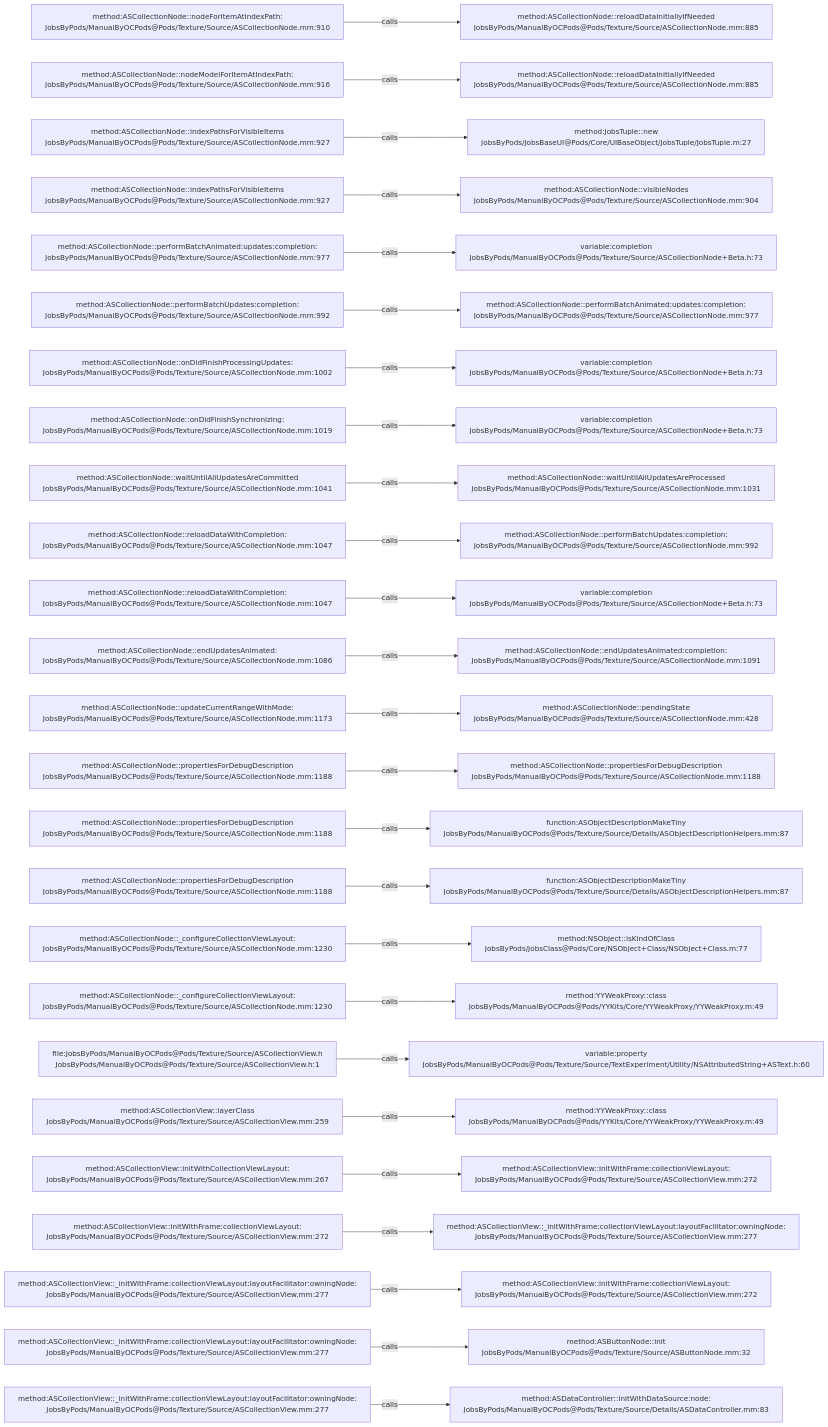
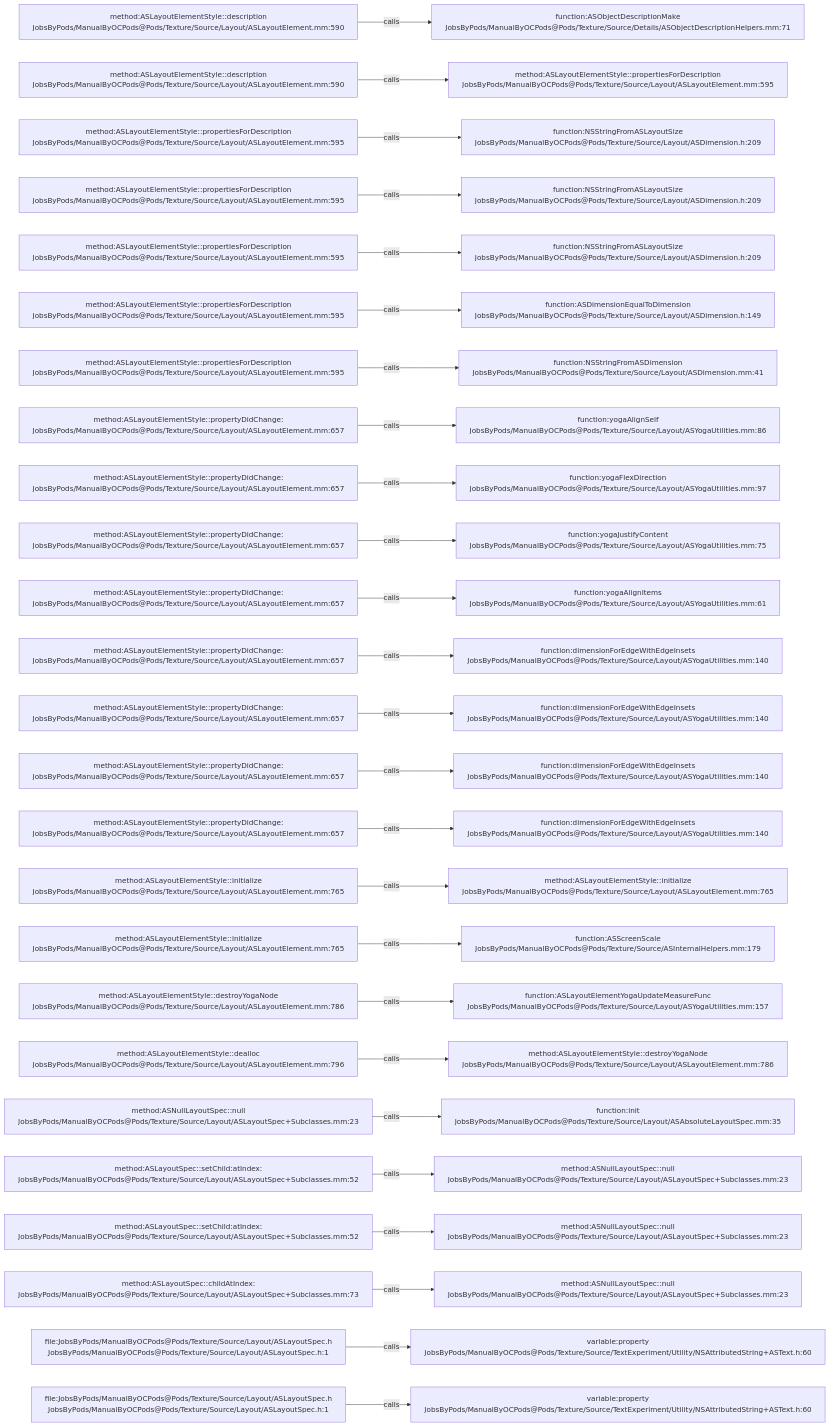
The diagram in .codegraph/codegraph.md/graphs/calls-188.md (JobsKits/JobsOCBaseConfigDemo), drawn with Mermaid before and after one commit. The commit also changed 2162 other files, not shown here.

````diff
--- a/.codegraph/codegraph.md/graphs/calls-188.md
+++ b/.codegraph/codegraph.md/graphs/calls-188.md
@@ -13,78 +13,78 @@
 ```mermaid
 flowchart LR
-  S1["method:ASCollectionNode::nodeForItemAtIndexPath:<br/>JobsByPods/ManualByOCPods@Pods/Texture/Source/ASCollectionNode.mm:910"]
-  T1["method:ASCollectionNode::reloadDataInitiallyIfNeeded<br/>JobsByPods/ManualByOCPods@Pods/Texture/Source/ASCollectionNode.mm:885"]
+  S1["method:ASLayoutElementStyle::description<br/>JobsByPods/ManualByOCPods@Pods/Texture/Source/Layout/ASLayoutElement.mm:590"]
+  T1["function:ASObjectDescriptionMake<br/>JobsByPods/ManualByOCPods@Pods/Texture/Source/Details/ASObjectDescriptionHelpers.mm:71"]
   S1 -->|calls| T1
-  S2["method:ASCollectionNode::nodeModelForItemAtIndexPath:<br/>JobsByPods/ManualByOCPods@Pods/Texture/Source/ASCollectionNode.mm:916"]
-  T2["method:ASCollectionNode::reloadDataInitiallyIfNeeded<br/>JobsByPods/ManualByOCPods@Pods/Texture/Source/ASCollectionNode.mm:885"]
+  S2["method:ASLayoutElementStyle::description<br/>JobsByPods/ManualByOCPods@Pods/Texture/Source/Layout/ASLayoutElement.mm:590"]
+  T2["method:ASLayoutElementStyle::propertiesForDescription<br/>JobsByPods/ManualByOCPods@Pods/Texture/Source/Layout/ASLayoutElement.mm:595"]
   S2 -->|calls| T2
-  S3["method:ASCollectionNode::indexPathsForVisibleItems<br/>JobsByPods/ManualByOCPods@Pods/Texture/Source/ASCollectionNode.mm:927"]
-  T3["method:JobsTuple::new<br/>JobsByPods/JobsBaseUI@Pods/Core/UIBaseObject/JobsTuple/JobsTuple.m:27"]
+  S3["method:ASLayoutElementStyle::propertiesForDescription<br/>JobsByPods/ManualByOCPods@Pods/Texture/Source/Layout/ASLayoutElement.mm:595"]
+  T3["function:NSStringFromASLayoutSize<br/>JobsByPods/ManualByOCPods@Pods/Texture/Source/Layout/ASDimension.h:209"]
   S3 -->|calls| T3
-  S4["method:ASCollectionNode::indexPathsForVisibleItems<br/>JobsByPods/ManualByOCPods@Pods/Texture/Source/ASCollectionNode.mm:927"]
-  T4["method:ASCollectionNode::visibleNodes<br/>JobsByPods/ManualByOCPods@Pods/Texture/Source/ASCollectionNode.mm:904"]
+  S4["method:ASLayoutElementStyle::propertiesForDescription<br/>JobsByPods/ManualByOCPods@Pods/Texture/Source/Layout/ASLayoutElement.mm:595"]
+  T4["function:NSStringFromASLayoutSize<br/>JobsByPods/ManualByOCPods@Pods/Texture/Source/Layout/ASDimension.h:209"]
   S4 -->|calls| T4
-  S5["method:ASCollectionNode::performBatchAnimated:updates:completion:<br/>JobsByPods/ManualByOCPods@Pods/Texture/Source/ASCollectionNode.mm:977"]
-  T5["variable:completion<br/>JobsByPods/ManualByOCPods@Pods/Texture/Source/ASCollectionNode+Beta.h:73"]
+  S5["method:ASLayoutElementStyle::propertiesForDescription<br/>JobsByPods/ManualByOCPods@Pods/Texture/Source/Layout/ASLayoutElement.mm:595"]
+  T5["function:NSStringFromASLayoutSize<br/>JobsByPods/ManualByOCPods@Pods/Texture/Source/Layout/ASDimension.h:209"]
   S5 -->|calls| T5
-  S6["method:ASCollectionNode::performBatchUpdates:completion:<br/>JobsByPods/ManualByOCPods@Pods/Texture/Source/ASCollectionNode.mm:992"]
-  T6["method:ASCollectionNode::performBatchAnimated:updates:completion:<br/>JobsByPods/ManualByOCPods@Pods/Texture/Source/ASCollectionNode.mm:977"]
+  S6["method:ASLayoutElementStyle::propertiesForDescription<br/>JobsByPods/ManualByOCPods@Pods/Texture/Source/Layout/ASLayoutElement.mm:595"]
+  T6["function:ASDimensionEqualToDimension<br/>JobsByPods/ManualByOCPods@Pods/Texture/Source/Layout/ASDimension.h:149"]
   S6 -->|calls| T6
-  S7["method:ASCollectionNode::onDidFinishProcessingUpdates:<br/>JobsByPods/ManualByOCPods@Pods/Texture/Source/ASCollectionNode.mm:1002"]
-  T7["variable:completion<br/>JobsByPods/ManualByOCPods@Pods/Texture/Source/ASCollectionNode+Beta.h:73"]
+  S7["method:ASLayoutElementStyle::propertiesForDescription<br/>JobsByPods/ManualByOCPods@Pods/Texture/Source/Layout/ASLayoutElement.mm:595"]
+  T7["function:NSStringFromASDimension<br/>JobsByPods/ManualByOCPods@Pods/Texture/Source/Layout/ASDimension.mm:41"]
   S7 -->|calls| T7
-  S8["method:ASCollectionNode::onDidFinishSynchronizing:<br/>JobsByPods/ManualByOCPods@Pods/Texture/Source/ASCollectionNode.mm:1019"]
-  T8["variable:completion<br/>JobsByPods/ManualByOCPods@Pods/Texture/Source/ASCollectionNode+Beta.h:73"]
+  S8["method:ASLayoutElementStyle::propertyDidChange:<br/>JobsByPods/ManualByOCPods@Pods/Texture/Source/Layout/ASLayoutElement.mm:657"]
+  T8["function:yogaAlignSelf<br/>JobsByPods/ManualByOCPods@Pods/Texture/Source/Layout/ASYogaUtilities.mm:86"]
   S8 -->|calls| T8
-  S9["method:ASCollectionNode::waitUntilAllUpdatesAreCommitted<br/>JobsByPods/ManualByOCPods@Pods/Texture/Source/ASCollectionNode.mm:1041"]
-  T9["method:ASCollectionNode::waitUntilAllUpdatesAreProcessed<br/>JobsByPods/ManualByOCPods@Pods/Texture/Source/ASCollectionNode.mm:1031"]
+  S9["method:ASLayoutElementStyle::propertyDidChange:<br/>JobsByPods/ManualByOCPods@Pods/Texture/Source/Layout/ASLayoutElement.mm:657"]
+  T9["function:yogaFlexDirection<br/>JobsByPods/ManualByOCPods@Pods/Texture/Source/Layout/ASYogaUtilities.mm:97"]
   S9 -->|calls| T9
-  S10["method:ASCollectionNode::reloadDataWithCompletion:<br/>JobsByPods/ManualByOCPods@Pods/Texture/Source/ASCollectionNode.mm:1047"]
-  T10["method:ASCollectionNode::performBatchUpdates:completion:<br/>JobsByPods/ManualByOCPods@Pods/Texture/Source/ASCollectionNode.mm:992"]
+  S10["method:ASLayoutElementStyle::propertyDidChange:<br/>JobsByPods/ManualByOCPods@Pods/Texture/Source/Layout/ASLayoutElement.mm:657"]
+  T10["function:yogaJustifyContent<br/>JobsByPods/ManualByOCPods@Pods/Texture/Source/Layout/ASYogaUtilities.mm:75"]
   S10 -->|calls| T10
-  S11["method:ASCollectionNode::reloadDataWithCompletion:<br/>JobsByPods/ManualByOCPods@Pods/Texture/Source/ASCollectionNode.mm:1047"]
-  T11["variable:completion<br/>JobsByPods/ManualByOCPods@Pods/Texture/Source/ASCollectionNode+Beta.h:73"]
+  S11["method:ASLayoutElementStyle::propertyDidChange:<br/>JobsByPods/ManualByOCPods@Pods/Texture/Source/Layout/ASLayoutElement.mm:657"]
+  T11["function:yogaAlignItems<br/>JobsByPods/ManualByOCPods@Pods/Texture/Source/Layout/ASYogaUtilities.mm:61"]
   S11 -->|calls| T11
-  S12["method:ASCollectionNode::endUpdatesAnimated:<br/>JobsByPods/ManualByOCPods@Pods/Texture/Source/ASCollectionNode.mm:1086"]
-  T12["method:ASCollectionNode::endUpdatesAnimated:completion:<br/>JobsByPods/ManualByOCPods@Pods/Texture/Source/ASCollectionNode.mm:1091"]
+  S12["method:ASLayoutElementStyle::propertyDidChange:<br/>JobsByPods/ManualByOCPods@Pods/Texture/Source/Layout/ASLayoutElement.mm:657"]
+  T12["function:dimensionForEdgeWithEdgeInsets<br/>JobsByPods/ManualByOCPods@Pods/Texture/Source/Layout/ASYogaUtilities.mm:140"]
   S12 -->|calls| T12
-  S13["method:ASCollectionNode::updateCurrentRangeWithMode:<br/>JobsByPods/ManualByOCPods@Pods/Texture/Source/ASCollectionNode.mm:1173"]
-  T13["method:ASCollectionNode::pendingState<br/>JobsByPods/ManualByOCPods@Pods/Texture/Source/ASCollectionNode.mm:428"]
+  S13["method:ASLayoutElementStyle::propertyDidChange:<br/>JobsByPods/ManualByOCPods@Pods/Texture/Source/Layout/ASLayoutElement.mm:657"]
+  T13["function:dimensionForEdgeWithEdgeInsets<br/>JobsByPods/ManualByOCPods@Pods/Texture/Source/Layout/ASYogaUtilities.mm:140"]
   S13 -->|calls| T13
-  S14["method:ASCollectionNode::propertiesForDebugDescription<br/>JobsByPods/ManualByOCPods@Pods/Texture/Source/ASCollectionNode.mm:1188"]
-  T14["method:ASCollectionNode::propertiesForDebugDescription<br/>JobsByPods/ManualByOCPods@Pods/Texture/Source/ASCollectionNode.mm:1188"]
+  S14["method:ASLayoutElementStyle::propertyDidChange:<br/>JobsByPods/ManualByOCPods@Pods/Texture/Source/Layout/ASLayoutElement.mm:657"]
+  T14["function:dimensionForEdgeWithEdgeInsets<br/>JobsByPods/ManualByOCPods@Pods/Texture/Source/Layout/ASYogaUtilities.mm:140"]
   S14 -->|calls| T14
-  S15["method:ASCollectionNode::propertiesForDebugDescription<br/>JobsByPods/ManualByOCPods@Pods/Texture/Source/ASCollectionNode.mm:1188"]
-  T15["function:ASObjectDescriptionMakeTiny<br/>JobsByPods/ManualByOCPods@Pods/Texture/Source/Details/ASObjectDescriptionHelpers.mm:87"]
+  S15["method:ASLayoutElementStyle::propertyDidChange:<br/>JobsByPods/ManualByOCPods@Pods/Texture/Source/Layout/ASLayoutElement.mm:657"]
+  T15["function:dimensionForEdgeWithEdgeInsets<br/>JobsByPods/ManualByOCPods@Pods/Texture/Source/Layout/ASYogaUtilities.mm:140"]
   S15 -->|calls| T15
-  S16["method:ASCollectionNode::propertiesForDebugDescription<br/>JobsByPods/ManualByOCPods@Pods/Texture/Source/ASCollectionNode.mm:1188"]
-  T16["function:ASObjectDescriptionMakeTiny<br/>JobsByPods/ManualByOCPods@Pods/Texture/Source/Details/ASObjectDescriptionHelpers.mm:87"]
+  S16["method:ASLayoutElementStyle::initialize<br/>JobsByPods/ManualByOCPods@Pods/Texture/Source/Layout/ASLayoutElement.mm:765"]
+  T16["method:ASLayoutElementStyle::initialize<br/>JobsByPods/ManualByOCPods@Pods/Texture/Source/Layout/ASLayoutElement.mm:765"]
   S16 -->|calls| T16
-  S17["method:ASCollectionNode::_configureCollectionViewLayout:<br/>JobsByPods/ManualByOCPods@Pods/Texture/Source/ASCollectionNode.mm:1230"]
-  T17["method:NSObject::isKindOfClass<br/>JobsByPods/JobsClass@Pods/Core/NSObject+Class/NSObject+Class.m:77"]
+  S17["method:ASLayoutElementStyle::initialize<br/>JobsByPods/ManualByOCPods@Pods/Texture/Source/Layout/ASLayoutElement.mm:765"]
+  T17["function:ASScreenScale<br/>JobsByPods/ManualByOCPods@Pods/Texture/Source/ASInternalHelpers.mm:179"]
   S17 -->|calls| T17
-  S18["method:ASCollectionNode::_configureCollectionViewLayout:<br/>JobsByPods/ManualByOCPods@Pods/Texture/Source/ASCollectionNode.mm:1230"]
-  T18["method:YYWeakProxy::class<br/>JobsByPods/ManualByOCPods@Pods/YYKits/Core/YYWeakProxy/YYWeakProxy.m:49"]
+  S18["method:ASLayoutElementStyle::destroyYogaNode<br/>JobsByPods/ManualByOCPods@Pods/Texture/Source/Layout/ASLayoutElement.mm:786"]
+  T18["function:ASLayoutElementYogaUpdateMeasureFunc<br/>JobsByPods/ManualByOCPods@Pods/Texture/Source/Layout/ASYogaUtilities.mm:157"]
   S18 -->|calls| T18
-  S19["file:JobsByPods/ManualByOCPods@Pods/Texture/Source/ASCollectionView.h<br/>JobsByPods/ManualByOCPods@Pods/Texture/Source/ASCollectionView.h:1"]
-  T19["variable:property<br/>JobsByPods/ManualByOCPods@Pods/Texture/Source/TextExperiment/Utility/NSAttributedString+ASText.h:60"]
+  S19["method:ASLayoutElementStyle::dealloc<br/>JobsByPods/ManualByOCPods@Pods/Texture/Source/Layout/ASLayoutElement.mm:796"]
+  T19["method:ASLayoutElementStyle::destroyYogaNode<br/>JobsByPods/ManualByOCPods@Pods/Texture/Source/Layout/ASLayoutElement.mm:786"]
   S19 -->|calls| T19
-  S20["method:ASCollectionView::layerClass<br/>JobsByPods/ManualByOCPods@Pods/Texture/Source/ASCollectionView.mm:259"]
-  T20["method:YYWeakProxy::class<br/>JobsByPods/ManualByOCPods@Pods/YYKits/Core/YYWeakProxy/YYWeakProxy.m:49"]
+  S20["method:ASNullLayoutSpec::null<br/>JobsByPods/ManualByOCPods@Pods/Texture/Source/Layout/ASLayoutSpec+Subclasses.mm:23"]
+  T20["function:init<br/>JobsByPods/ManualByOCPods@Pods/Texture/Source/Layout/ASAbsoluteLayoutSpec.mm:35"]
   S20 -->|calls| T20
-  S21["method:ASCollectionView::initWithCollectionViewLayout:<br/>JobsByPods/ManualByOCPods@Pods/Texture/Source/ASCollectionView.mm:267"]
-  T21["method:ASCollectionView::initWithFrame:collectionViewLayout:<br/>JobsByPods/ManualByOCPods@Pods/Texture/Source/ASCollectionView.mm:272"]
+  S21["method:ASLayoutSpec::setChild:atIndex:<br/>JobsByPods/ManualByOCPods@Pods/Texture/Source/Layout/ASLayoutSpec+Subclasses.mm:52"]
+  T21["method:ASNullLayoutSpec::null<br/>JobsByPods/ManualByOCPods@Pods/Texture/Source/Layout/ASLayoutSpec+Subclasses.mm:23"]
   S21 -->|calls| T21
-  S22["method:ASCollectionView::initWithFrame:collectionViewLayout:<br/>JobsByPods/ManualByOCPods@Pods/Texture/Source/ASCollectionView.mm:272"]
-  T22["method:ASCollectionView::_initWithFrame:collectionViewLayout:layoutFacilitator:owningNode:<br/>JobsByPods/ManualByOCPods@Pods/Texture/Source/ASCollectionView.mm:277"]
+  S22["method:ASLayoutSpec::setChild:atIndex:<br/>JobsByPods/ManualByOCPods@Pods/Texture/Source/Layout/ASLayoutSpec+Subclasses.mm:52"]
+  T22["method:ASNullLayoutSpec::null<br/>JobsByPods/ManualByOCPods@Pods/Texture/Source/Layout/ASLayoutSpec+Subclasses.mm:23"]
   S22 -->|calls| T22
-  S23["method:ASCollectionView::_initWithFrame:collectionViewLayout:layoutFacilitator:owningNode:<br/>JobsByPods/ManualByOCPods@Pods/Texture/Source/ASCollectionView.mm:277"]
-  T23["method:ASCollectionView::initWithFrame:collectionViewLayout:<br/>JobsByPods/ManualByOCPods@Pods/Texture/Source/ASCollectionView.mm:272"]
+  S23["method:ASLayoutSpec::childAtIndex:<br/>JobsByPods/ManualByOCPods@Pods/Texture/Source/Layout/ASLayoutSpec+Subclasses.mm:73"]
+  T23["method:ASNullLayoutSpec::null<br/>JobsByPods/ManualByOCPods@Pods/Texture/Source/Layout/ASLayoutSpec+Subclasses.mm:23"]
   S23 -->|calls| T23
-  S24["method:ASCollectionView::_initWithFrame:collectionViewLayout:layoutFacilitator:owningNode:<br/>JobsByPods/ManualByOCPods@Pods/Texture/Source/ASCollectionView.mm:277"]
-  T24["method:ASButtonNode::init<br/>JobsByPods/ManualByOCPods@Pods/Texture/Source/ASButtonNode.mm:32"]
+  S24["file:JobsByPods/ManualByOCPods@Pods/Texture/Source/Layout/ASLayoutSpec.h<br/>JobsByPods/ManualByOCPods@Pods/Texture/Source/Layout/ASLayoutSpec.h:1"]
+  T24["variable:property<br/>JobsByPods/ManualByOCPods@Pods/Texture/Source/TextExperiment/Utility/NSAttributedString+ASText.h:60"]
   S24 -->|calls| T24
-  S25["method:ASCollectionView::_initWithFrame:collectionViewLayout:layoutFacilitator:owningNode:<br/>JobsByPods/ManualByOCPods@Pods/Texture/Source/ASCollectionView.mm:277"]
-  T25["method:ASDataController::initWithDataSource:node:<br/>JobsByPods/ManualByOCPods@Pods/Texture/Source/Details/ASDataController.mm:83"]
+  S25["file:JobsByPods/ManualByOCPods@Pods/Texture/Source/Layout/ASLayoutSpec.h<br/>JobsByPods/ManualByOCPods@Pods/Texture/Source/Layout/ASLayoutSpec.h:1"]
+  T25["variable:property<br/>JobsByPods/ManualByOCPods@Pods/Texture/Source/TextExperiment/Utility/NSAttributedString+ASText.h:60"]
   S25 -->|calls| T25
 ```
````
